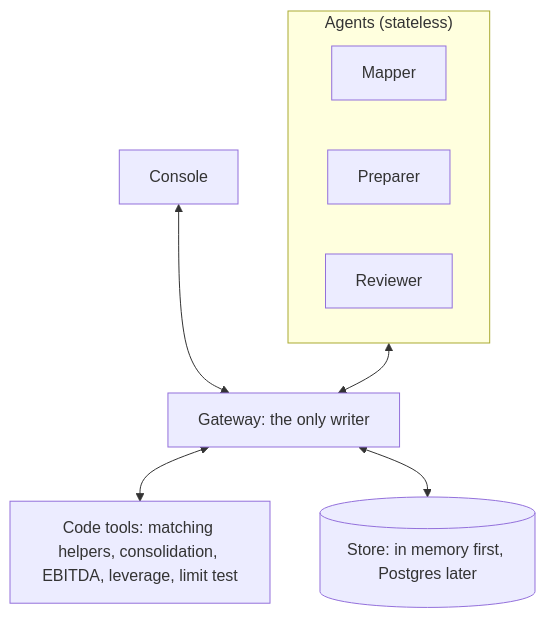
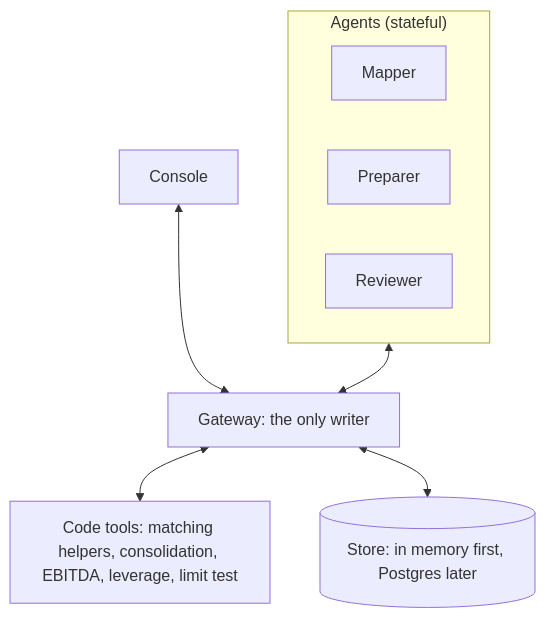
One commit to cayden-h/stochastic changed the second of 2 diagrams in README.md. Above: the diagram before and after it, drawn with Mermaid. The commit also changed other lines of this file and 58 other files, not shown here.

First line of the commit message:
Build the backend end to end on the Kewaunee deal; make agents stateful

````diff
--- a/README.md
+++ b/README.md
@@ -60,17 +60,17 @@
 ```mermaid
 flowchart TB
     CON["Console"]
     GW["Gateway: the only writer"]
-    subgraph AG["Agents (stateless)"]
+    subgraph AG["Agents (stateful)"]
         MA["Mapper"]
         PR["Preparer"]
         RE["Reviewer"]
     end
     TL["Code tools: matching helpers, consolidation, EBITDA, leverage, limit test"]
     ST[("Store: in memory first, Postgres later")]
 
     CON <--> GW
     AG <--> GW
     GW <--> TL
     GW <--> ST
 ```
````
